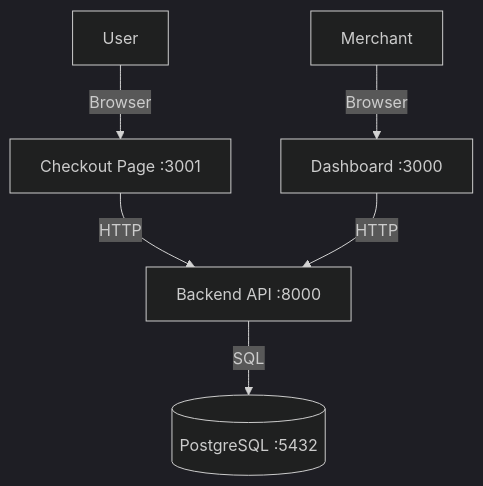
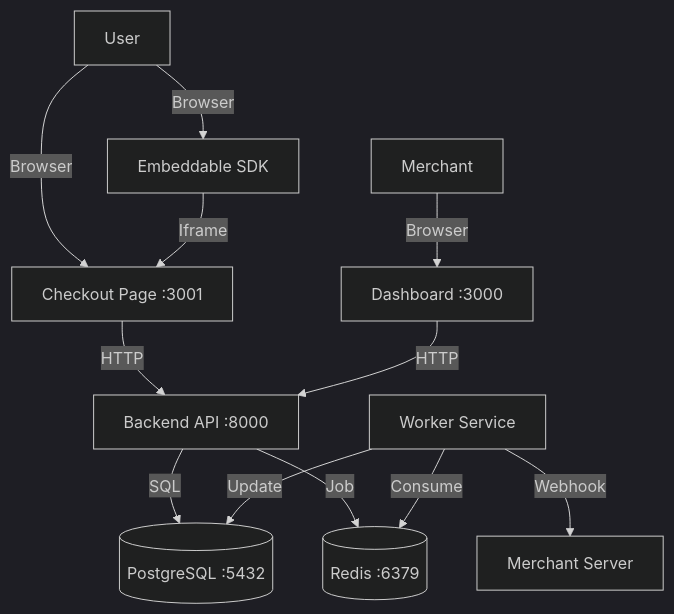
The diagram in README.md (SivaGaneshv1729/production-payment-gateway-async), drawn with Mermaid (dark theme) before and after one commit. The commit also changed other lines of this file and 1 other file, not shown here.

Commit message:
docs: update system architecture and integration guides

````diff
--- a/README.md
+++ b/README.md
@@ -35,8 +36,14 @@
 ```mermaid
 graph TD
     User[User] -->|Browser| Checkout[Checkout Page :3001]
+    User -->|Browser| SDK[Embeddable SDK]
+    SDK -->|Iframe| Checkout
     Merchant[Merchant] -->|Browser| Dashboard[Dashboard :3000]
     Checkout -->|HTTP| API[Backend API :8000]
     Dashboard -->|HTTP| API
     API -->|SQL| DB[(PostgreSQL :5432)]
+    API -->|Job| Redis[(Redis :6379)]
+    Worker[Worker Service] -->|Consume| Redis
+    Worker -->|Update| DB
+    Worker -->|Webhook| External[Merchant Server]
 ```
````
